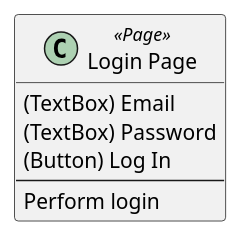
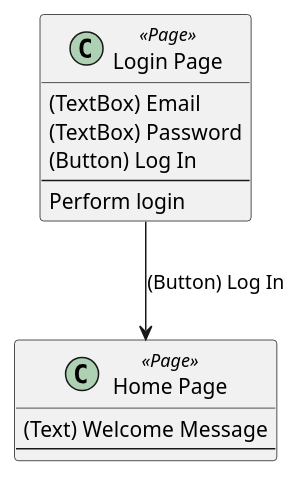
The diagram in prompts/generate-pom.md (hansuoi/ucod), drawn with PlantUML before and after one commit. The commit also changed other lines of this file and 4 other files, not shown here.

````diff
--- a/prompts/generate-pom.md
+++ b/prompts/generate-pom.md
@@ -69,11 +63,18 @@
 ```plantuml
 @startuml
 class "Login Page" <<Page>> {
   (TextBox) Email
   (TextBox) Password
   (Button) Log In
   ---
   Perform login
 }
+
+class "Home Page" <<Page>> {
+  (Text) Welcome Message
+  ---
+}
+
+"Login Page" --> "Home Page" : (Button) Log In
 @enduml
 ```
````
